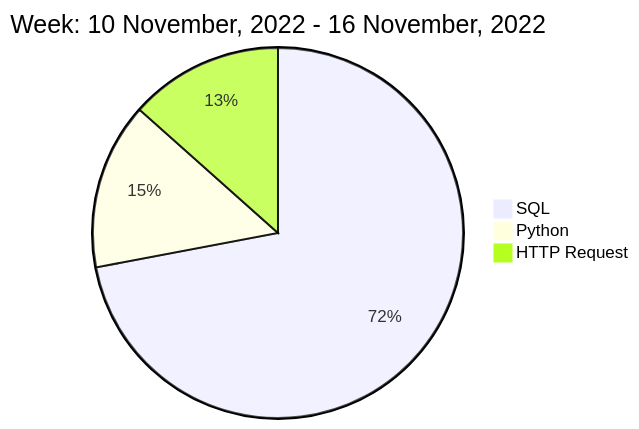
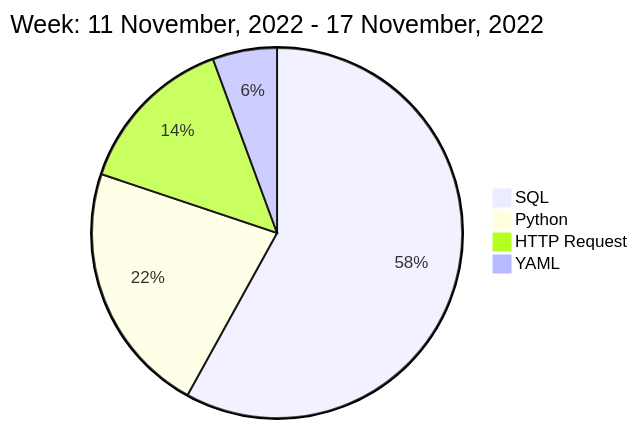
One commit to liubin95/liubin95 changed the diagram in README.md. Above: the diagram before and after it, drawn with Mermaid.

Commit message:
Updated the Graph with new Metrics

````diff
--- a/README.md
+++ b/README.md
@@ -40,7 +40,8 @@
 ```mermaid
  pie
-title Week: 10 November, 2022 - 16 November, 2022
- "SQL" : 9.5
- "Python" : 1.92
- "HTTP Request" : 1.77
+title Week: 11 November, 2022 - 17 November, 2022
+ "SQL" : 7.95
+ "Python" : 3.03
+ "HTTP Request" : 1.95
+ "YAML" : 0.77
 ```
````
